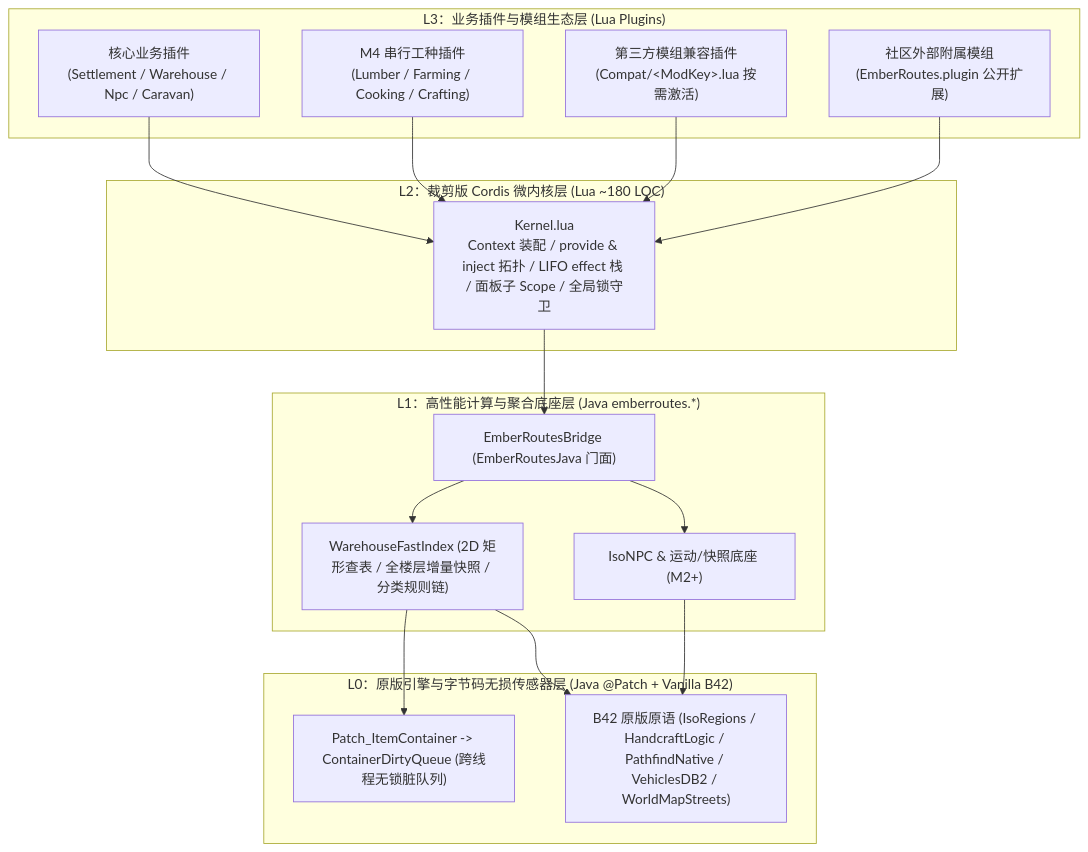
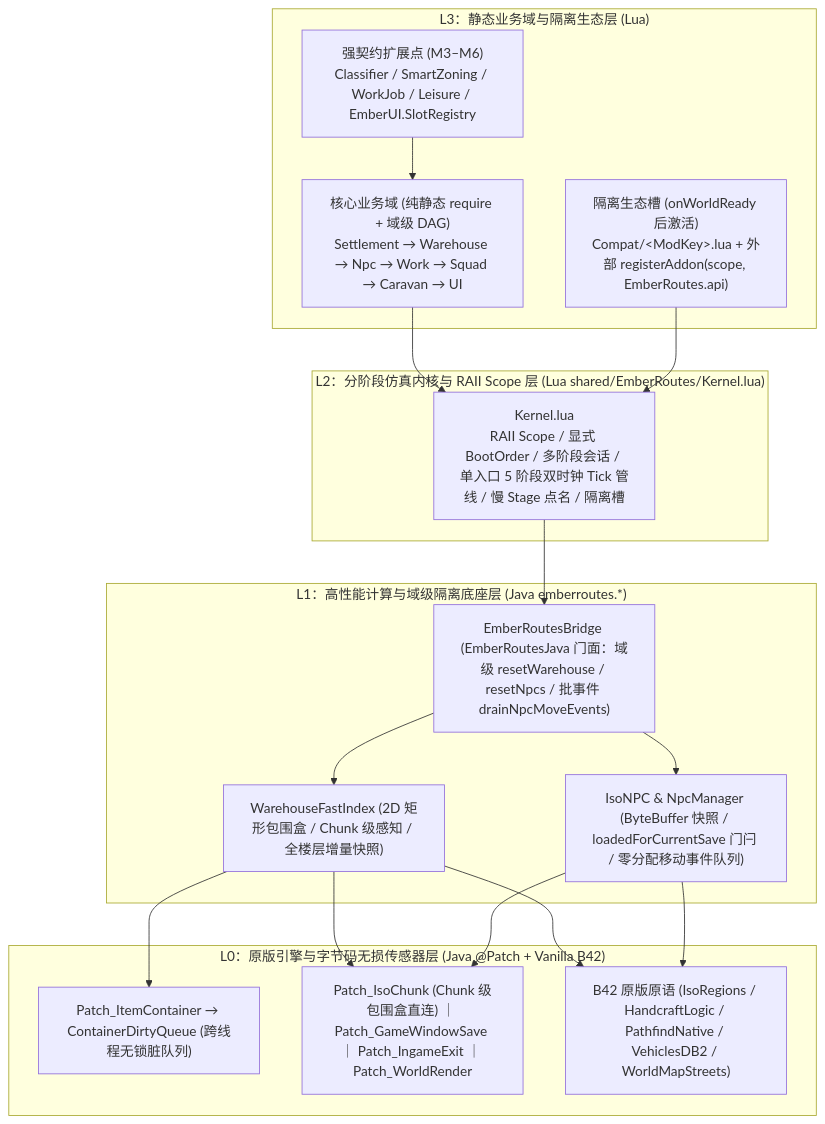
Before and after one commit to lurmou/ProjectZombie-EmberRoutesV2: the diagram in docs/ARCHITECTURE.md, drawn with Mermaid. The commit also changed other lines of this file and 32 other files, not shown here.

Commit message:
refactor(EMB-27): evolve staged simulation kernel, dual-clock tick pipeline, and domain-isolated Java bridge

````diff
--- a/docs/ARCHITECTURE.md
+++ b/docs/ARCHITECTURE.md
@@ -27,35 +28,36 @@
 ```mermaid
 flowchart TD
-    subgraph L3["L3：业务插件与模组生态层 (Lua Plugins)"]
-        CoreP["核心业务插件<br/>(Settlement / Warehouse / Npc / Caravan)"]
-        WorkP["M4 串行工种插件<br/>(Lumber / Farming / Cooking / Crafting)"]
-        CompatP["第三方模组兼容插件<br/>(Compat/&lt;ModKey&gt;.lua 按需激活)"]
-        SubMod["社区外部附属模组<br/>(EmberRoutes.plugin 公开扩展)"]
+    subgraph L3["L3：静态业务域与隔离生态层 (Lua)"]
+        CoreM["核心业务域 (纯静态 require + 域级 DAG)<br/>Settlement → Warehouse → Npc → Work → Squad → Caravan → UI"]
+        ExtP["强契约扩展点 (M3–M6)<br/>Classifier / SmartZoning / WorkJob / Leisure / EmberUI.SlotRegistry"]
+        IsoP["隔离生态槽 (onWorldReady 后激活)<br/>Compat/&lt;ModKey&gt;.lua + 外部 registerAddon(scope, EmberRoutes.api)"]
     end
 
-    subgraph L2["L2：裁剪版 Cordis 微内核层 (Lua ~180 LOC)"]
-        Kernel["Kernel.lua<br/>Context 装配 / provide &amp; inject 拓扑 / LIFO effect 栈 / 面板子 Scope / 全局锁守卫"]
+    subgraph L2["L2：分阶段仿真内核与 RAII Scope 层 (Lua shared/EmberRoutes/Kernel.lua)"]
+        Kernel["Kernel.lua<br/>RAII Scope / 显式 BootOrder / 多阶段会话 / 单入口 5 阶段双时钟 Tick 管线 / 慢 Stage 点名 / 隔离槽"]
     end
 
-    subgraph L1["L1：高性能计算与聚合底座层 (Java emberroutes.*)"]
-        Bridge["EmberRoutesBridge (EmberRoutesJava 门面)"]
-        FastIdx["WarehouseFastIndex (2D 矩形查表 / 全楼层增量快照 / 分类规则链)"]
-        NpcCore["IsoNPC &amp; 运动/快照底座 (M2+)"]
+    subgraph L1["L1：高性能计算与域级隔离底座层 (Java emberroutes.*)"]
+        Bridge["EmberRoutesBridge (EmberRoutesJava 门面：域级 resetWarehouse / resetNpcs / 批事件 drainNpcMoveEvents)"]
+        FastIdx["WarehouseFastIndex (2D 矩形包围盒 / Chunk 级感知 / 全楼层增量快照)"]
+        NpcCore["IsoNPC &amp; NpcManager (ByteBuffer 快照 / loadedForCurrentSave 门闩 / 零分配移动事件队列)"]
     end
 
     subgraph L0["L0：原版引擎与字节码无损传感器层 (Java @Patch + Vanilla B42)"]
-        PatchIC["Patch_ItemContainer -> ContainerDirtyQueue (跨线程无锁脏队列)"]
+        PatchIC["Patch_ItemContainer → ContainerDirtyQueue (跨线程无锁脏队列)"]
+        PatchChunk["Patch_IsoChunk (Chunk 级包围盒直连) ｜ Patch_GameWindowSave ｜ Patch_IngameExit ｜ Patch_WorldRender"]
         Vanilla["B42 原版原语 (IsoRegions / HandcraftLogic / PathfindNative / VehiclesDB2 / WorldMapStreets)"]
     end
 
-    CoreP --> Kernel
-    WorkP --> Kernel
-    CompatP --> Kernel
-    SubMod --> Kernel
+    CoreM --> Kernel
+    ExtP --> CoreM
+    IsoP --> Kernel
     Kernel --> Bridge
     Bridge --> FastIdx
     Bridge --> NpcCore
     FastIdx --> PatchIC
+    FastIdx --> PatchChunk
     FastIdx --> Vanilla
+    NpcCore --> PatchChunk
     NpcCore --> Vanilla
 ```
````
